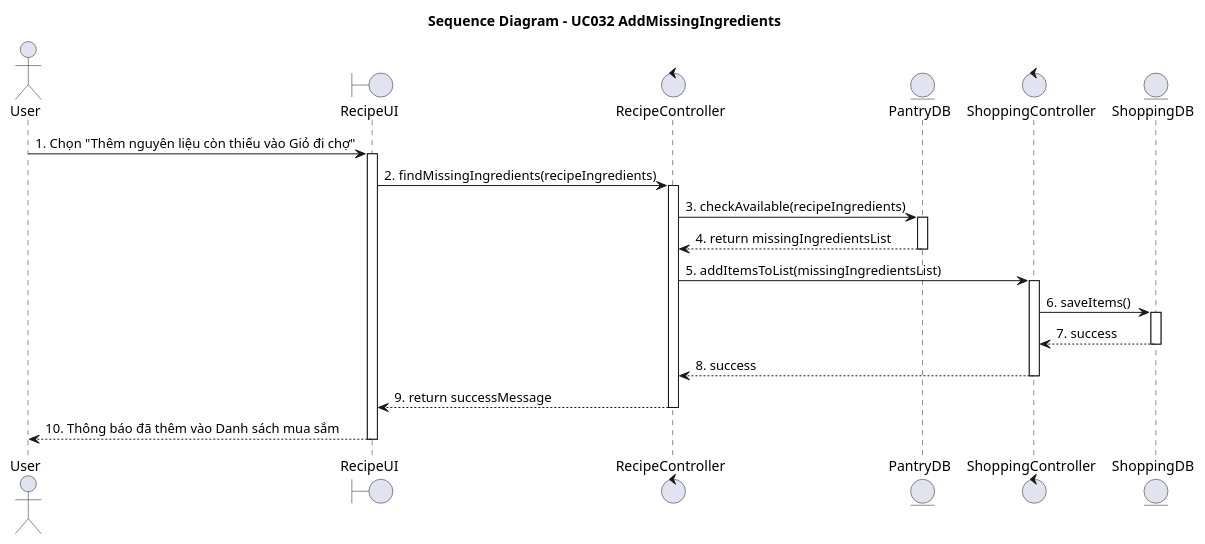
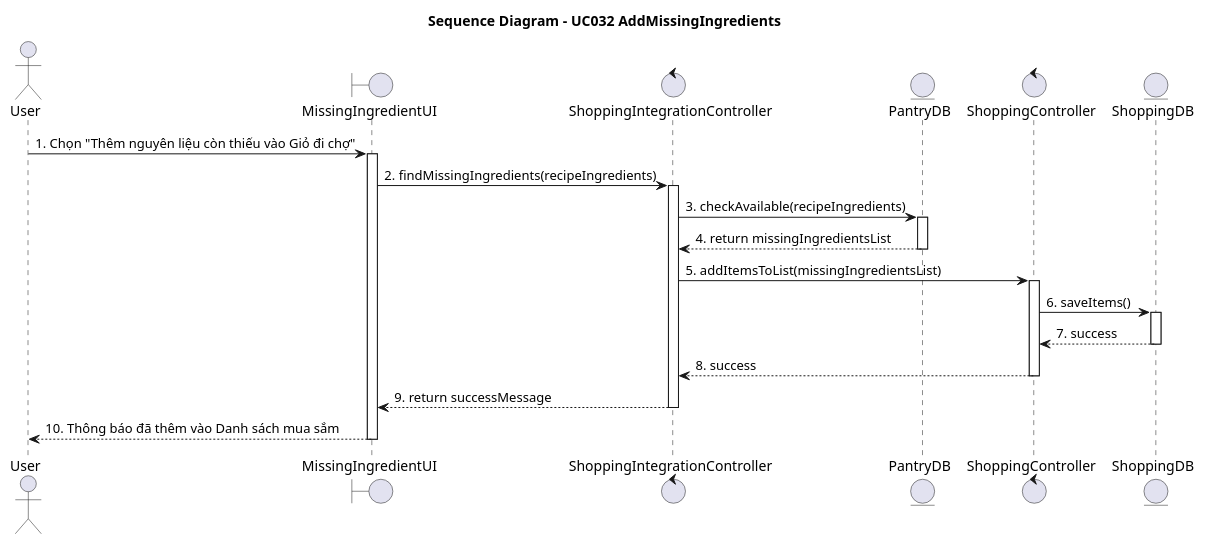
Before and after one commit to Alt2210/NaviMart: the diagram in diagrams/Module_6_AI_Recipes/UC032_Tự_động_thêm_nguyên_liệu_còn_thiếu_vào_Danh_sách_mua_sắm_Sequence.puml, drawn with PlantUML. The commit also changed 113 other files, not shown here.

```diff
--- a/diagrams/Module_6_AI_Recipes/UC032_Tự_động_thêm_nguyên_liệu_còn_thiếu_vào_Danh_sách_mua_sắm_Sequence.puml
+++ b/diagrams/Module_6_AI_Recipes/UC032_Tự_động_thêm_nguyên_liệu_còn_thiếu_vào_Danh_sách_mua_sắm_Sequence.puml
@@ -1,31 +1,31 @@
 @startuml
 title Sequence Diagram - UC032 AddMissingIngredients
 
 actor "User" as Actor
-boundary "RecipeUI" as UI
-control "RecipeController" as Controller
+boundary "MissingIngredientUI" as UI
+control "ShoppingIntegrationController" as Controller
 entity "PantryDB" as PantryDB
 control "ShoppingController" as ShoppingController
 entity "ShoppingDB" as ShoppingDB
 
 Actor -> UI : 1. Chọn "Thêm nguyên liệu còn thiếu vào Giỏ đi chợ"
 activate UI
 UI -> Controller : 2. findMissingIngredients(recipeIngredients)
 activate Controller
 Controller -> PantryDB : 3. checkAvailable(recipeIngredients)
 activate PantryDB
 PantryDB --> Controller : 4. return missingIngredientsList
 deactivate PantryDB
 Controller -> ShoppingController : 5. addItemsToList(missingIngredientsList)
 activate ShoppingController
 ShoppingController -> ShoppingDB : 6. saveItems()
 activate ShoppingDB
 ShoppingDB --> ShoppingController : 7. success
 deactivate ShoppingDB
 ShoppingController --> Controller : 8. success
 deactivate ShoppingController
 Controller --> UI : 9. return successMessage
 deactivate Controller
 UI --> Actor : 10. Thông báo đã thêm vào Danh sách mua sắm
 deactivate UI
 @enduml
```
